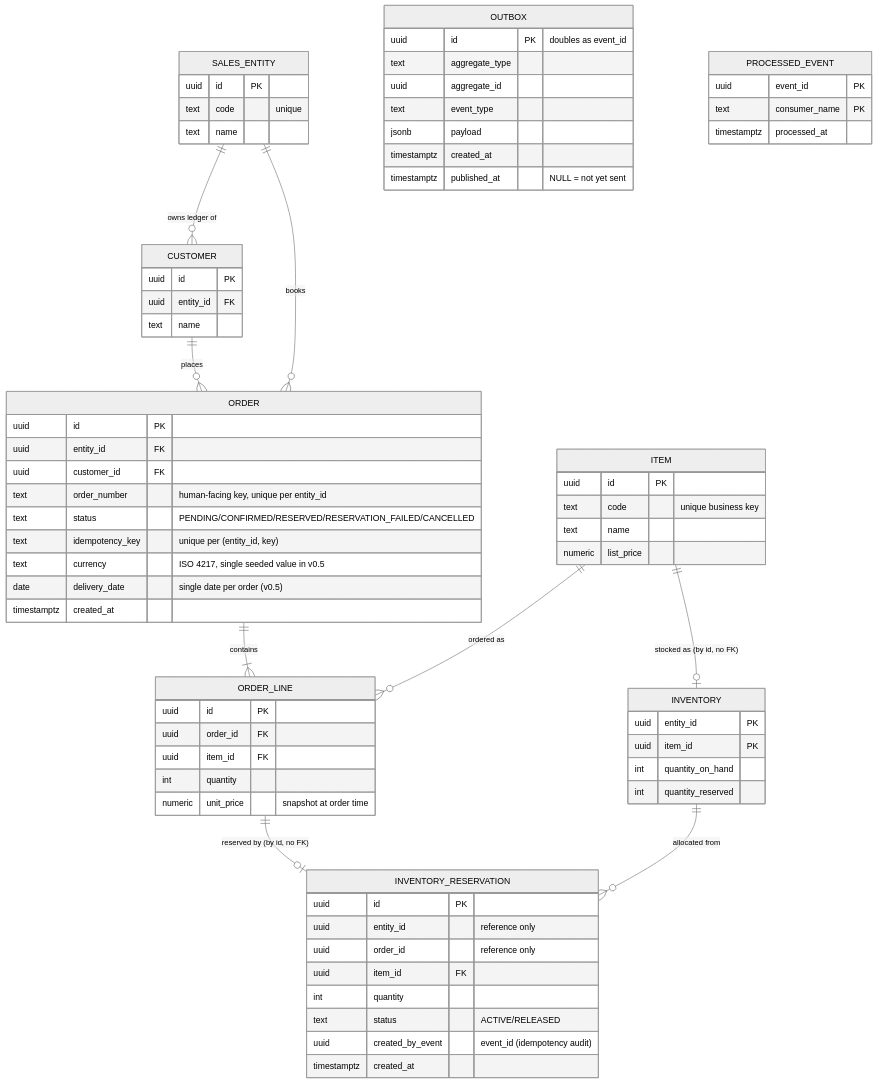
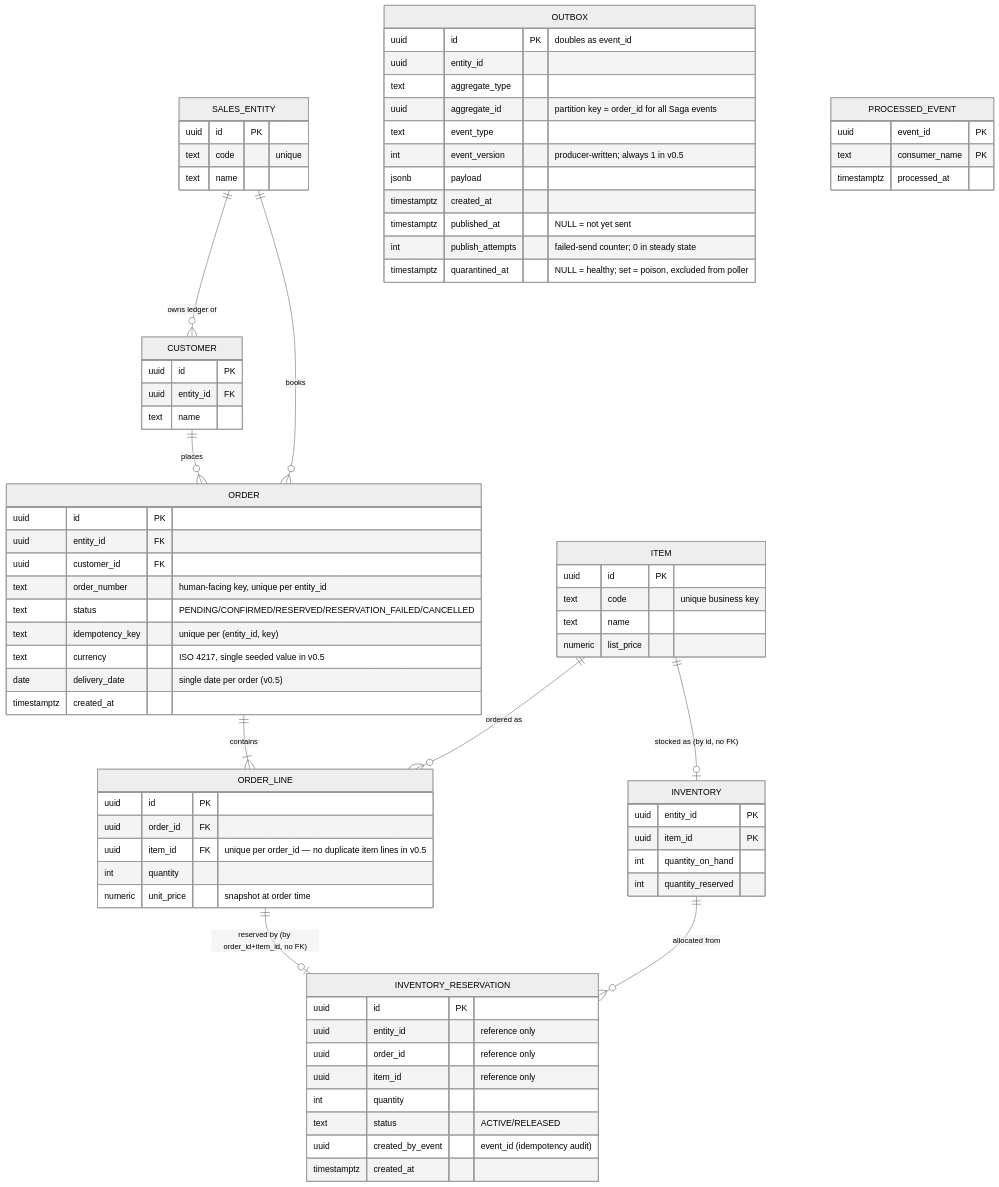
One commit to ikuko-otani/event-driven-orders changed the first of 2 diagrams in docs/design/domain-design.md. Above: the diagram before and after it, drawn with Mermaid (neutral theme). The commit also changed other lines of this file and 3 other files, not shown here.

````diff
--- a/docs/design/domain-design.md
+++ b/docs/design/domain-design.md
@@ -61,76 +64,80 @@
 ```mermaid
 erDiagram
     SALES_ENTITY ||--o{ CUSTOMER : "owns ledger of"
     SALES_ENTITY ||--o{ ORDER : books
     CUSTOMER ||--o{ ORDER : places
     ORDER ||--|{ ORDER_LINE : contains
     ITEM ||--o{ ORDER_LINE : "ordered as"
     ITEM ||--o| INVENTORY : "stocked as (by id, no FK)"
     INVENTORY ||--o{ INVENTORY_RESERVATION : "allocated from"
-    ORDER_LINE ||--o| INVENTORY_RESERVATION : "reserved by (by id, no FK)"
+    ORDER_LINE ||--o| INVENTORY_RESERVATION : "reserved by (by order_id+item_id, no FK)"
 
     SALES_ENTITY {
         uuid id PK
         text code "unique"
         text name
     }
     CUSTOMER {
         uuid id PK
         uuid entity_id FK
         text name
     }
     ORDER {
         uuid id PK
         uuid entity_id FK
         uuid customer_id FK
         text order_number "human-facing key, unique per entity_id"
         text status "PENDING/CONFIRMED/RESERVED/RESERVATION_FAILED/CANCELLED"
         text idempotency_key "unique per (entity_id, key)"
         text currency "ISO 4217, single seeded value in v0.5"
         date delivery_date "single date per order (v0.5)"
         timestamptz created_at
     }
     ORDER_LINE {
         uuid id PK
         uuid order_id FK
-        uuid item_id FK
+        uuid item_id FK "unique per order_id — no duplicate item lines in v0.5"
         int quantity
         numeric unit_price "snapshot at order time"
     }
     ITEM {
         uuid id PK
         text code "unique business key"
         text name
         numeric list_price
     }
     INVENTORY {
         uuid entity_id PK
         uuid item_id PK
         int quantity_on_hand
         int quantity_reserved
     }
     INVENTORY_RESERVATION {
         uuid id PK
         uuid entity_id "reference only"
         uuid order_id "reference only"
-        uuid item_id FK
+        uuid item_id "reference only"
         int quantity
         text status "ACTIVE/RELEASED"
         uuid created_by_event "event_id (idempotency audit)"
         timestamptz created_at
     }
     OUTBOX {
         uuid id PK "doubles as event_id"
+        uuid entity_id
         text aggregate_type
-        uuid aggregate_id
+        uuid aggregate_id "partition key = order_id for all Saga events"
         text event_type
+        int event_version "producer-written; always 1 in v0.5"
         jsonb payload
         timestamptz created_at
         timestamptz published_at "NULL = not yet sent"
+        int publish_attempts "failed-send counter; 0 in steady state"
+        timestamptz quarantined_at "NULL = healthy; set = poison, excluded from poller"
     }
     PROCESSED_EVENT {
         uuid event_id PK
         text consumer_name PK
         timestamptz processed_at
     }
 ```
````
